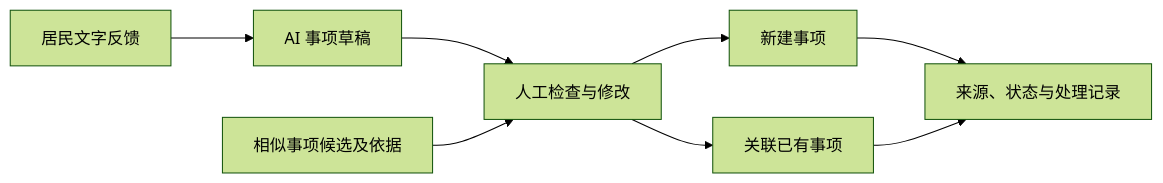
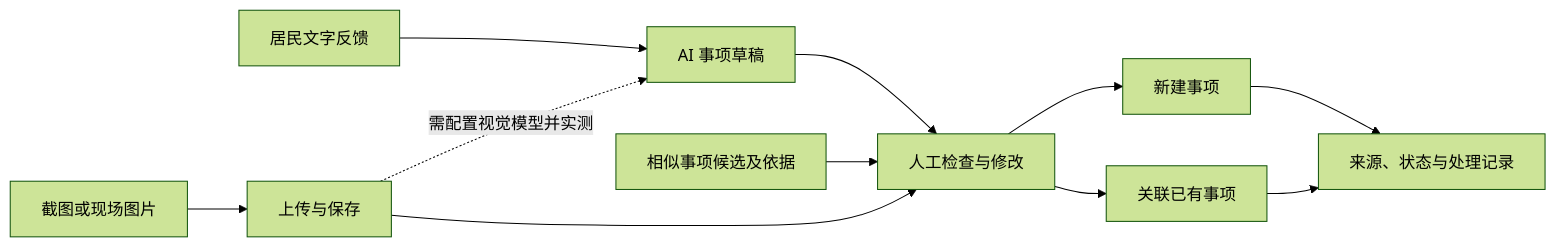
Before and after one commit to qrx-joe/OneCase: the diagram in docs/competition/preliminary-2026/01-报名信息与提交清单.md, drawn with Mermaid (forest theme). The commit also changed other lines of this file and 60 other files, not shown here.

Commit message:
feat(intake): 图片输入链路与参赛材料(基线提交,执行方案前工作区快照)

````diff
--- a/docs/competition/preliminary-2026/01-报名信息与提交清单.md
+++ b/docs/competition/preliminary-2026/01-报名信息与提交清单.md
@@ -51,10 +51,13 @@
 ```mermaid
 flowchart LR
     A[居民文字反馈] --> B[AI 事项草稿]
+    I[截图或现场图片] --> S[上传与保存]
+    S -.需配置视觉模型并实测.-> B
+    S --> C
     B --> C[人工检查与修改]
     D[相似事项候选及依据] --> C
     C --> E[新建事项]
     C --> F[关联已有事项]
     E --> G[来源、状态与处理记录]
     F --> G
 ```
````
